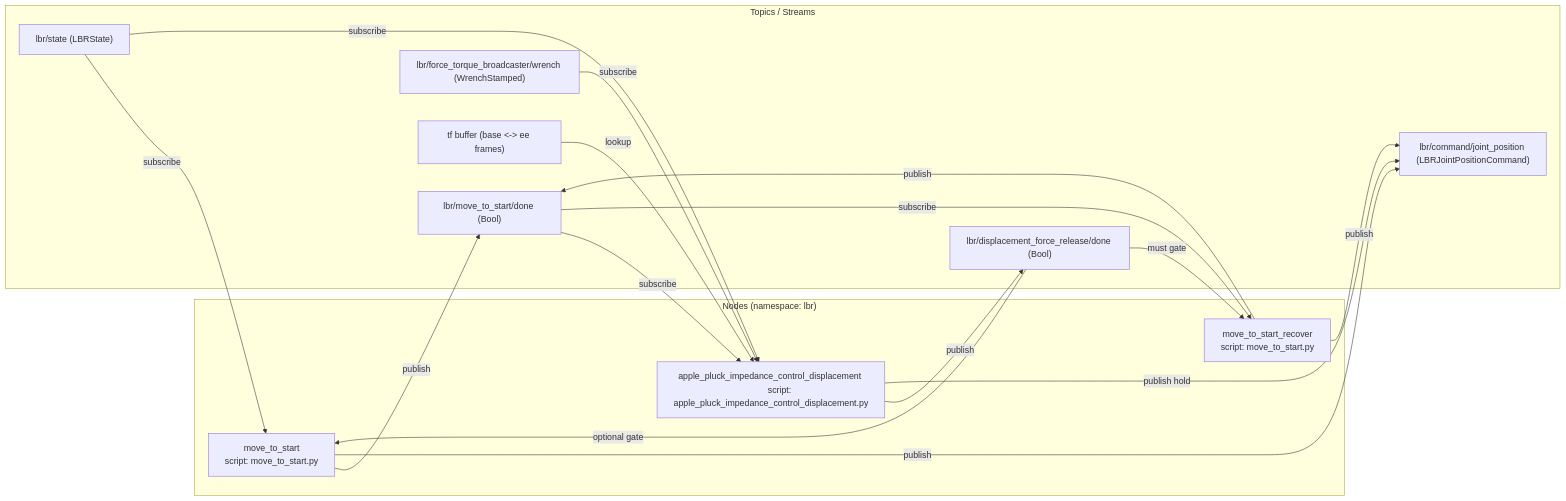
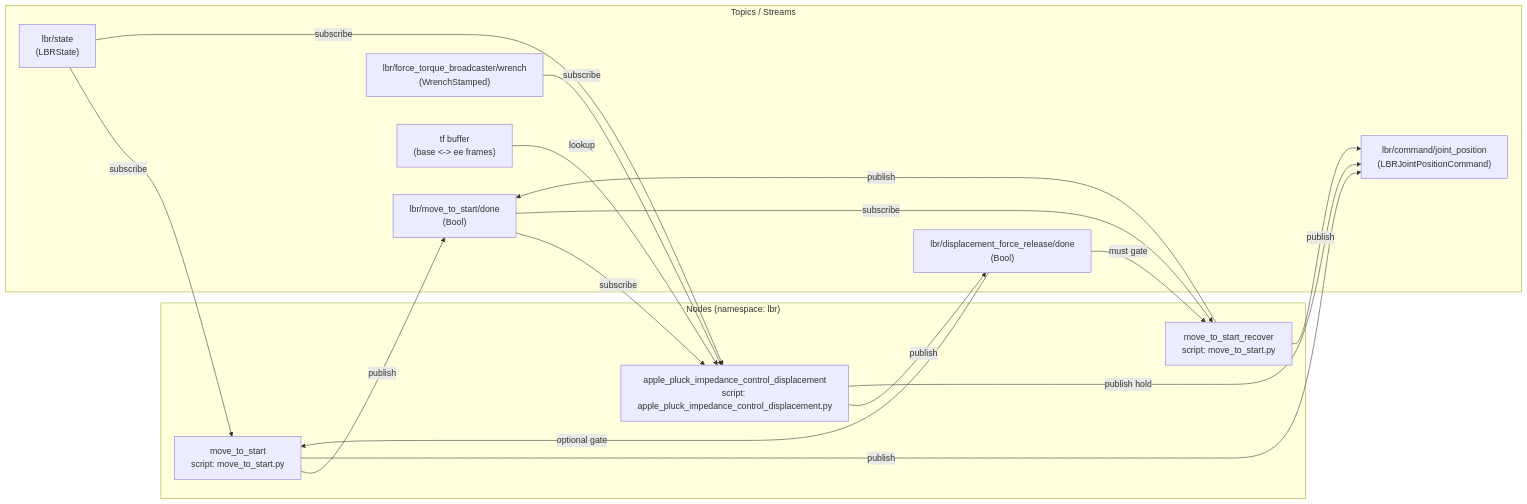
One commit to sinthlab/sinthlab-kuka-stack changed the diagram in README.md. Above: the diagram before and after it, drawn with Mermaid. The commit also changed other lines of this file, not shown here.

Commit message:
improving readme

````diff
--- a/README.md
+++ b/README.md
@@ -120,36 +120,33 @@
 ```mermaid
 graph LR
-    subgraph "Nodes (namespace: lbr)"
-        start["move_to_start 
-        script: move_to_start.py"]
-        impedance["apple_pluck_impedance_control_displacement 
-        script: apple_pluck_impedance_control_displacement.py"]
-        recover["move_to_start_recover
-        script: move_to_start.py"]
+  subgraph "Nodes (namespace: lbr)"
+    start["move_to_start<br/>script: move_to_start.py"]
+    impedance["apple_pluck_impedance_control_displacement<br/>script: apple_pluck_impedance_control_displacement.py"]
+    recover["move_to_start_recover<br/>script: move_to_start.py"]
     end
 
     subgraph "Topics / Streams"
-        moveDone["lbr/move_to_start/done (Bool)"]
-        forceDone["lbr/displacement_force_release/done (Bool)"]
-        stateTopic["lbr/state (LBRState)"]
-        wrenchTopic["lbr/force_torque_broadcaster/wrench (WrenchStamped)"]
-        cmdTopic["lbr/command/joint_position (LBRJointPositionCommand)"]
-        tfbuf["tf buffer (base <-> ee frames)"]
+    moveDone["lbr/move_to_start/done<br/>(Bool)"]
+    forceDone["lbr/displacement_force_release/done<br/>(Bool)"]
+    stateTopic["lbr/state<br/>(LBRState)"]
+    wrenchTopic["lbr/force_torque_broadcaster/wrench<br/>(WrenchStamped)"]
+    cmdTopic["lbr/command/joint_position<br/>(LBRJointPositionCommand)"]
+    tfbuf["tf buffer<br/>(base <-> ee frames)"]
     end
 
     start -->|publish| moveDone
     start -->|publish| cmdTopic
     impedance -->|publish| forceDone
     impedance -->|publish hold| cmdTopic
     recover -->|publish| moveDone
     recover -->|publish| cmdTopic
 
     moveDone -->|subscribe| impedance
     forceDone -->|optional gate| start
     stateTopic -->|subscribe| start
     stateTopic -->|subscribe| impedance
     wrenchTopic -->|subscribe| impedance
     moveDone -->|subscribe| recover
     forceDone -->|must gate| recover
     tfbuf -->|lookup| impedance
 ```
````
